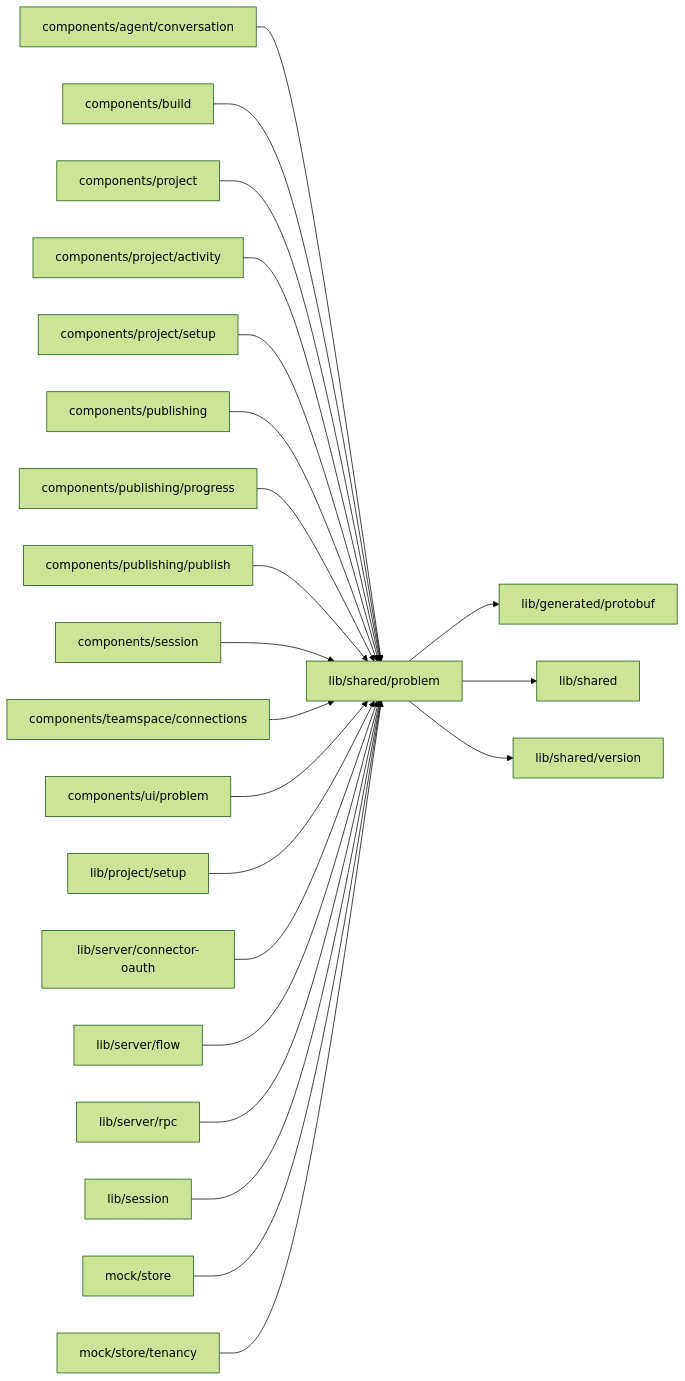
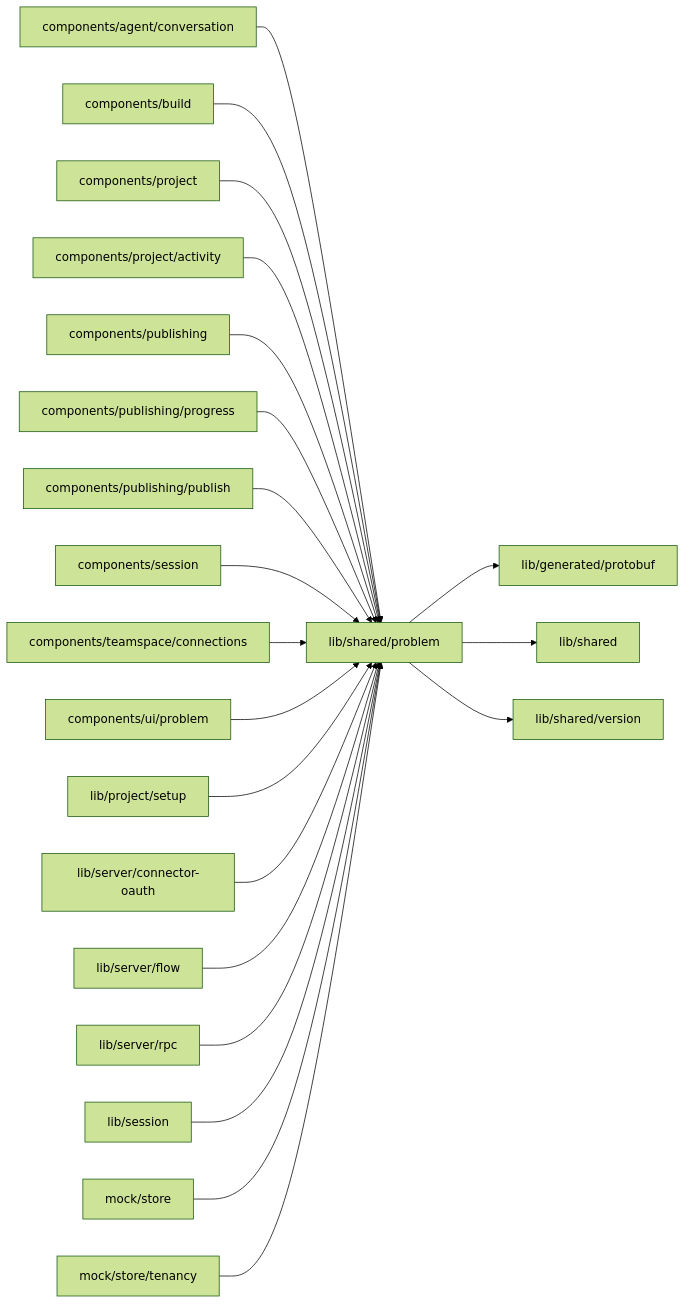
Before and after one commit to superdurable/superverse: the diagram in web/studio/lib/shared/problem/README.md, drawn with Mermaid (forest theme). The commit also changed other lines of this file and 41 other files, not shown here.

First line of the commit message:
Studio: quieter Setup, build strip and chat; failures lead to Setup; one process opens its Flow

````diff
--- a/web/studio/lib/shared/problem/README.md
+++ b/web/studio/lib/shared/problem/README.md
@@ -10,25 +10,24 @@
 ```mermaid
 flowchart LR
   self["lib/shared/problem"]
   c0["components/agent/conversation"] --> self
   c1["components/build"] --> self
   c2["components/project"] --> self
   c3["components/project/activity"] --> self
-  c4["components/project/setup"] --> self
-  c5["components/publishing"] --> self
-  c6["components/publishing/progress"] --> self
-  c7["components/publishing/publish"] --> self
-  c8["components/session"] --> self
-  c9["components/teamspace/connections"] --> self
-  c10["components/ui/problem"] --> self
-  c11["lib/project/setup"] --> self
-  c12["lib/server/connector-oauth"] --> self
-  c13["lib/server/flow"] --> self
-  c14["lib/server/rpc"] --> self
-  c15["lib/session"] --> self
-  c16["mock/store"] --> self
-  c17["mock/store/tenancy"] --> self
+  c4["components/publishing"] --> self
+  c5["components/publishing/progress"] --> self
+  c6["components/publishing/publish"] --> self
+  c7["components/session"] --> self
+  c8["components/teamspace/connections"] --> self
+  c9["components/ui/problem"] --> self
+  c10["lib/project/setup"] --> self
+  c11["lib/server/connector-oauth"] --> self
+  c12["lib/server/flow"] --> self
+  c13["lib/server/rpc"] --> self
+  c14["lib/session"] --> self
+  c15["mock/store"] --> self
+  c16["mock/store/tenancy"] --> self
   self --> d0["lib/generated/protobuf"]
   self --> d1["lib/shared"]
   self --> d2["lib/shared/version"]
 ```
````
